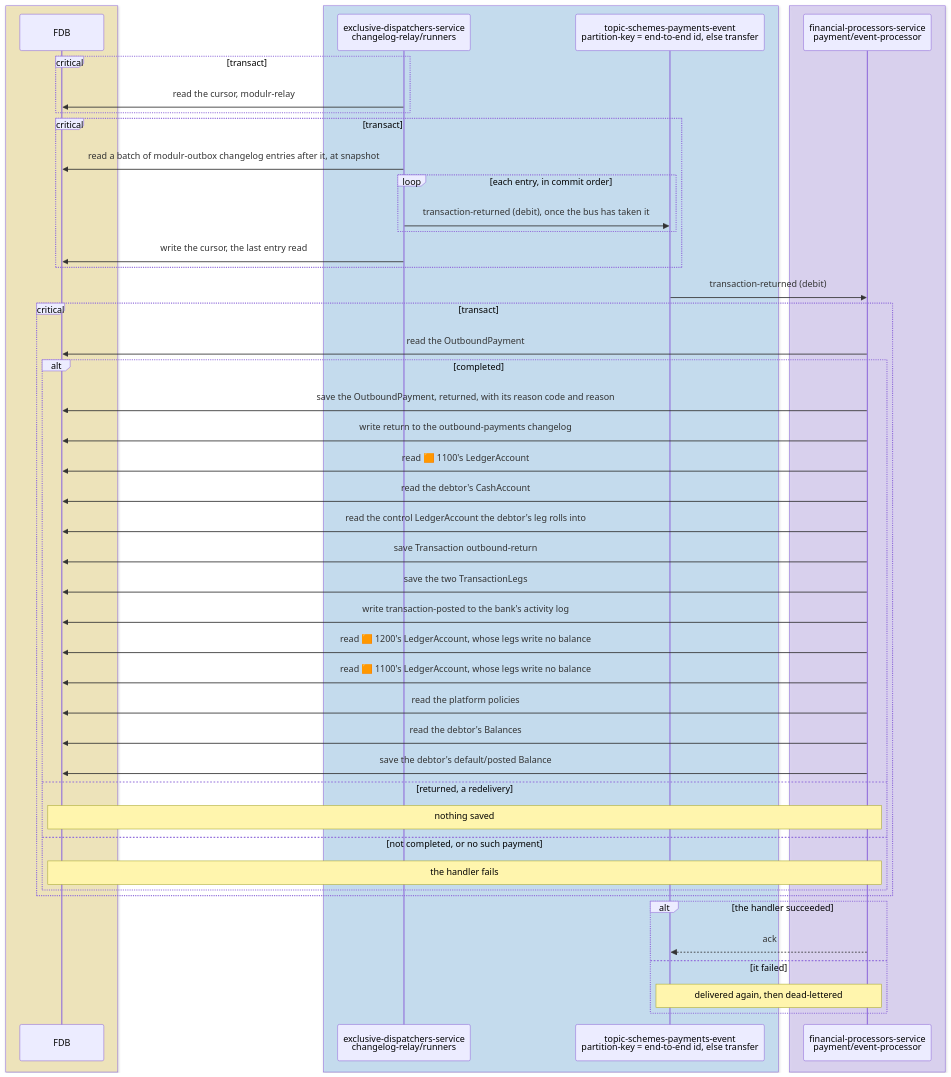
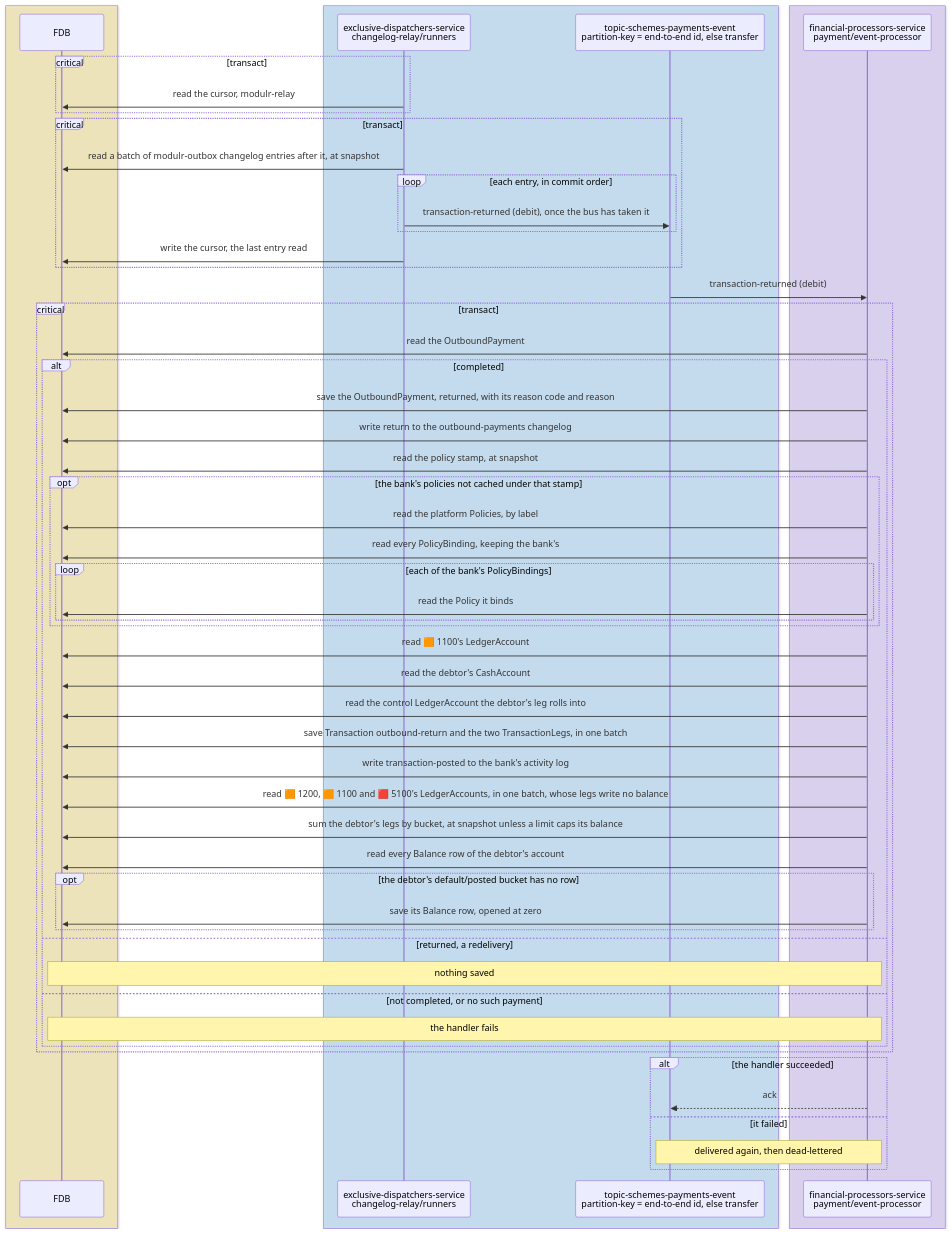
Before and after one commit to repldriven/queenswood: diagram 15 of 15 in docs/tdd/payments-outbound.md, drawn with Mermaid. The commit also changed other lines of this file and 2 other files, not shown here.

Commit message:
Draw each payment flow's FDB calls as the code makes them: balances summed from legs and a row saved only where a bucket opens, batched reads and saves, the policy stamp and the ledger account id cache, and the intent poller's limited reads, rounds and concurrent reconciles

````diff
--- a/docs/tdd/payments-outbound.md
+++ b/docs/tdd/payments-outbound.md
@@ -797,51 +871,59 @@
 ```mermaid
 sequenceDiagram
     box rgba(255, 236, 153, 0.5)
     participant DB as FDB
     end
     box rgba(165, 216, 255, 0.45)
     participant OR as exclusive-dispatchers-service<br/>changelog-relay/runners
     participant SE as topic-schemes-payments-event<br/>partition-key = end-to-end id, else transfer
     end
     box rgba(208, 191, 255, 0.45)
     participant PE as financial-processors-service<br/>payment/event-processor
     end
     critical transact
     OR->>DB: read the cursor, modulr-relay
     end
     critical transact
     OR->>DB: read a batch of modulr-outbox changelog entries after it, at snapshot
     loop each entry, in commit order
     OR->>SE: transaction-returned (debit), once the bus has taken it
     end
     OR->>DB: write the cursor, the last entry read
     end
     SE->>PE: transaction-returned (debit)
     critical transact
     PE->>DB: read the OutboundPayment
     alt completed
     PE->>DB: save the OutboundPayment, returned, with its reason code and reason
     PE->>DB: write return to the outbound-payments changelog
+    PE->>DB: read the policy stamp, at snapshot
+    opt the bank's policies not cached under that stamp
+    PE->>DB: read the platform Policies, by label
+    PE->>DB: read every PolicyBinding, keeping the bank's
+    loop each of the bank's PolicyBindings
+    PE->>DB: read the Policy it binds
+    end
+    end
     PE->>DB: read 🟧 1100's LedgerAccount
     PE->>DB: read the debtor's CashAccount
     PE->>DB: read the control LedgerAccount the debtor's leg rolls into
-    PE->>DB: save Transaction outbound-return
-    PE->>DB: save the two TransactionLegs
+    PE->>DB: save Transaction outbound-return and the two TransactionLegs, in one batch
     PE->>DB: write transaction-posted to the bank's activity log
-    PE->>DB: read 🟧 1200's LedgerAccount, whose legs write no balance
-    PE->>DB: read 🟧 1100's LedgerAccount, whose legs write no balance
-    PE->>DB: read the platform policies
-    PE->>DB: read the debtor's Balances
-    PE->>DB: save the debtor's default/posted Balance
+    PE->>DB: read 🟧 1200, 🟧 1100 and 🟥 5100's LedgerAccounts, in one batch, whose legs write no balance
+    PE->>DB: sum the debtor's legs by bucket, at snapshot unless a limit caps its balance
+    PE->>DB: read every Balance row of the debtor's account
+    opt the debtor's default/posted bucket has no row
+    PE->>DB: save its Balance row, opened at zero
+    end
     else returned, a redelivery
     Note over PE,DB: nothing saved
     else not completed, or no such payment
     Note over PE,DB: the handler fails
     end
     end
     alt the handler succeeded
     PE-->>SE: ack
     else it failed
     Note over PE,SE: delivered again, then dead-lettered
     end
 ```
````
